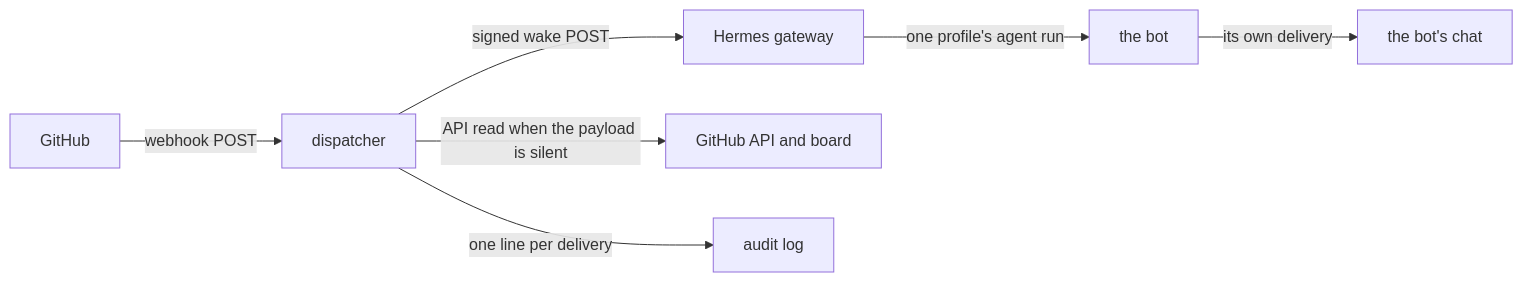
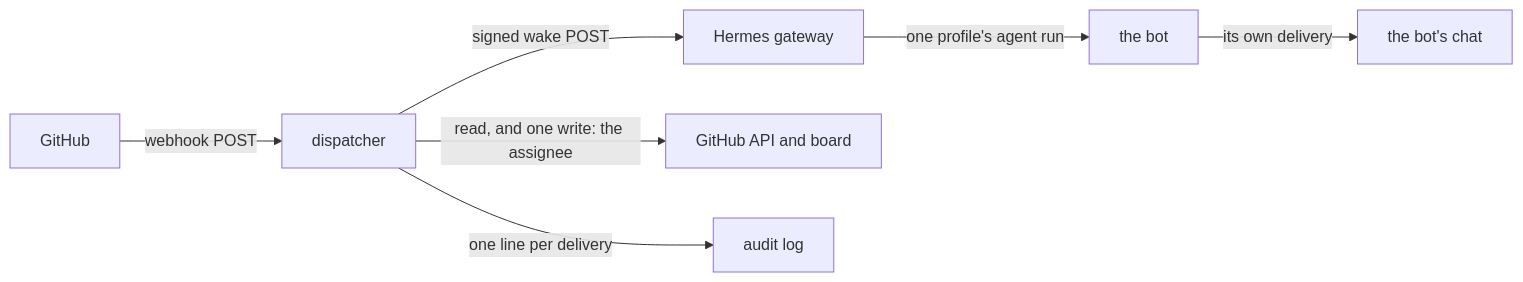
One commit to aivara-se/dispatcher changed the diagram in docs/SYSTEMS.md. Above: the diagram before and after it, drawn with Mermaid. The commit also changed other lines of this file and 8 other files, not shown here.

````diff
--- a/docs/SYSTEMS.md
+++ b/docs/SYSTEMS.md
@@ -7,9 +7,9 @@
 ```mermaid
 flowchart LR
   GH["GitHub"] -->|"webhook POST"| D["dispatcher"]
   D -->|"signed wake POST"| GW["Hermes gateway"]
   GW -->|"one profile's agent run"| B["the bot"]
   B -->|"its own delivery"| CHAT["the bot's chat"]
-  D -->|"API read when the payload is silent"| API["GitHub API and board"]
+  D -->|"read, and one write: the assignee"| API["GitHub API and board"]
   D -->|"one line per delivery"| LOG["audit log"]
 ```
````
